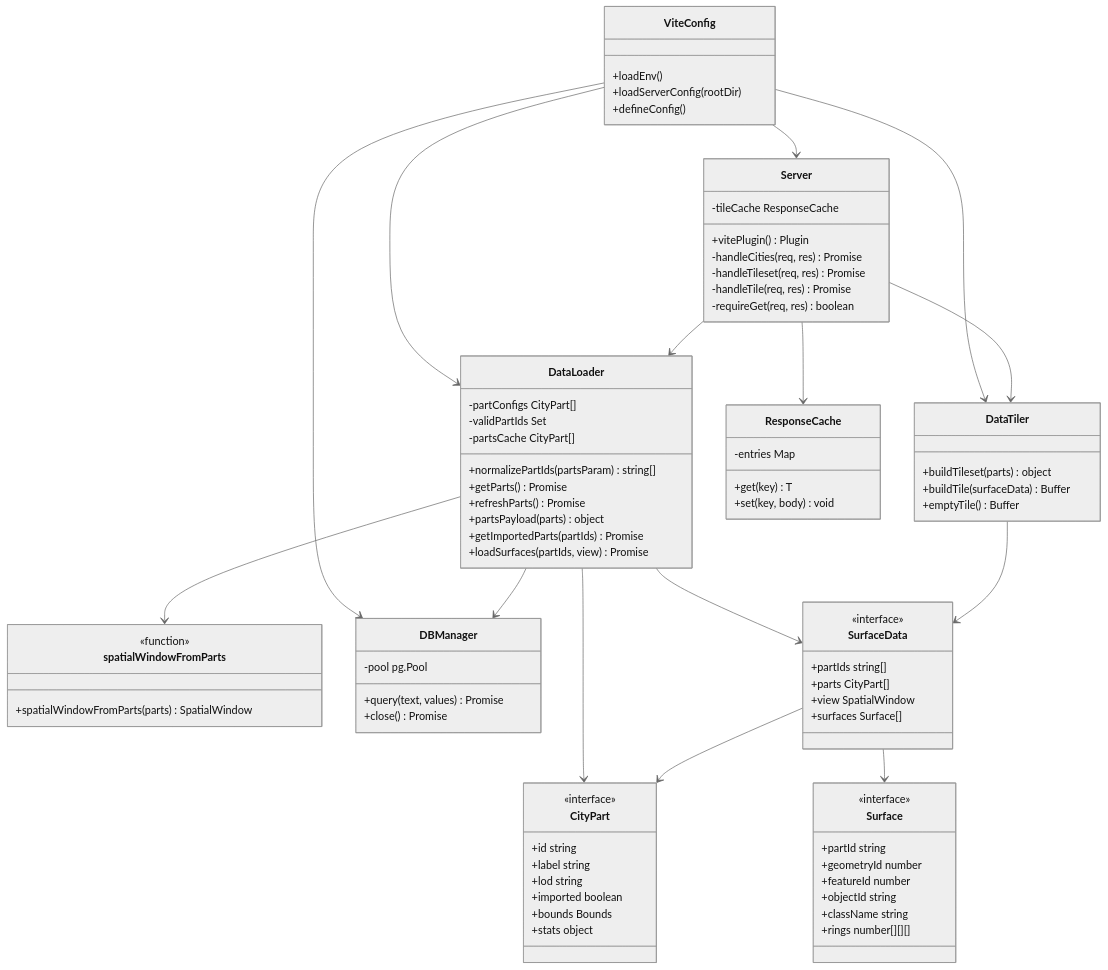
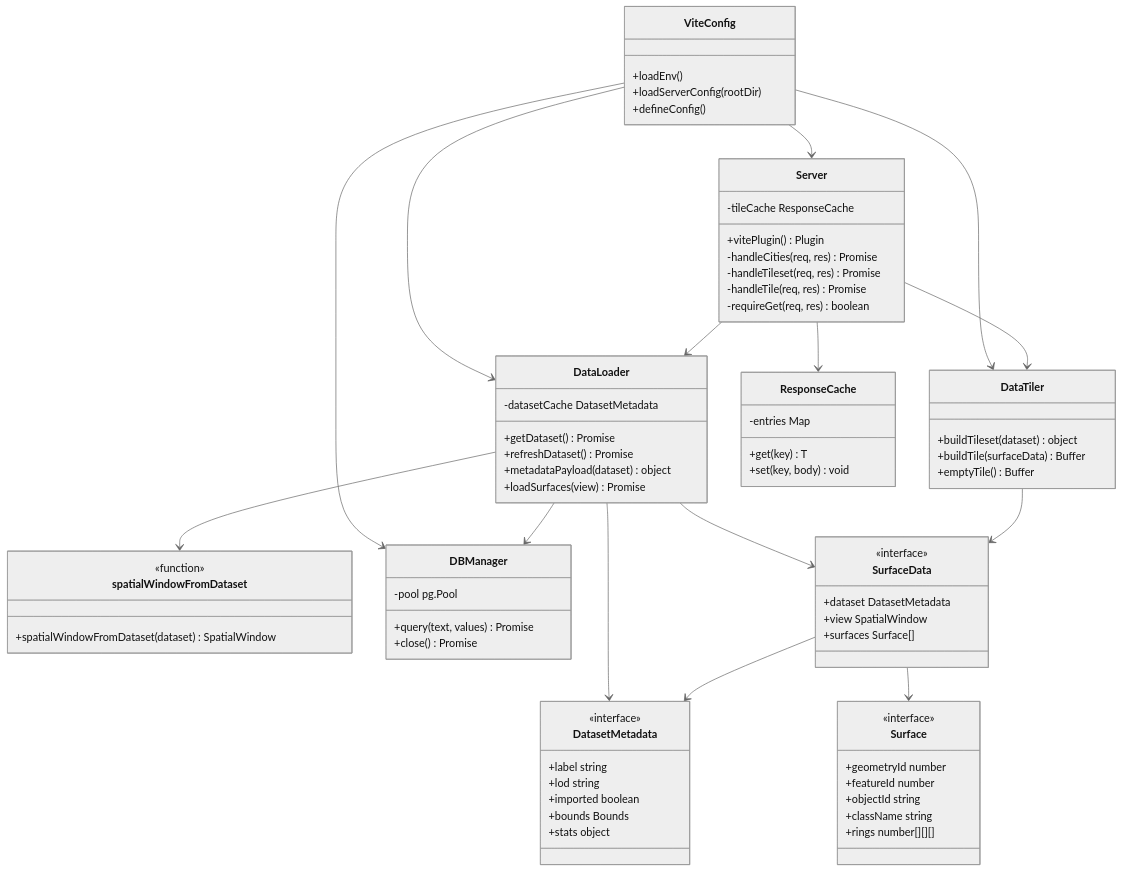
One commit to AlexisLeite/3ddb changed the third of 8 diagrams in docs/architecture-diagrams.md. Above: the diagram before and after it, drawn with Mermaid (neutral theme). The commit also changed other lines of this file and 38 other files, not shown here.

````diff
--- a/docs/architecture-diagrams.md
+++ b/docs/architecture-diagrams.md
@@ -191,20 +190,16 @@
   }
 
   class DataLoader {
-    -partConfigs CityPart[]
-    -validPartIds Set
-    -partsCache CityPart[]
-    +normalizePartIds(partsParam) string[]
-    +getParts() Promise
-    +refreshParts() Promise
-    +partsPayload(parts) object
-    +getImportedParts(partIds) Promise
-    +loadSurfaces(partIds, view) Promise
+    -datasetCache DatasetMetadata
+    +getDataset() Promise
+    +refreshDataset() Promise
+    +metadataPayload(dataset) object
+    +loadSurfaces(view) Promise
   }
 
-  class spatialWindowFromParts {
+  class spatialWindowFromDataset {
     <<function>>
-    +spatialWindowFromParts(parts) SpatialWindow
+    +spatialWindowFromDataset(dataset) SpatialWindow
   }
 
   class DBManager {
@@ -214,7 +209,7 @@
   }
 
   class DataTiler {
-    +buildTileset(parts) object
+    +buildTileset(dataset) object
     +buildTile(surfaceData) Buffer
     +emptyTile() Buffer
   }
@@ -225,9 +220,8 @@
     +set(key, body) void
   }
 
-  class CityPart {
+  class DatasetMetadata {
     <<interface>>
-    +id string
     +label string
     +lod string
     +imported boolean
@@ -237,15 +231,13 @@
 
   class SurfaceData {
     <<interface>>
-    +partIds string[]
-    +parts CityPart[]
+    +dataset DatasetMetadata
     +view SpatialWindow
     +surfaces Surface[]
   }
 
   class Surface {
     <<interface>>
-    +partId string
     +geometryId number
     +featureId number
     +objectId string
@@ -261,10 +253,10 @@
   Server --> DataLoader
   Server --> DataTiler
   DataLoader --> DBManager
-  DataLoader --> CityPart
+  DataLoader --> DatasetMetadata
   DataLoader --> SurfaceData
-  DataLoader --> spatialWindowFromParts
+  DataLoader --> spatialWindowFromDataset
   SurfaceData --> Surface
-  SurfaceData --> CityPart
+  SurfaceData --> DatasetMetadata
   DataTiler --> SurfaceData
 ```
````
